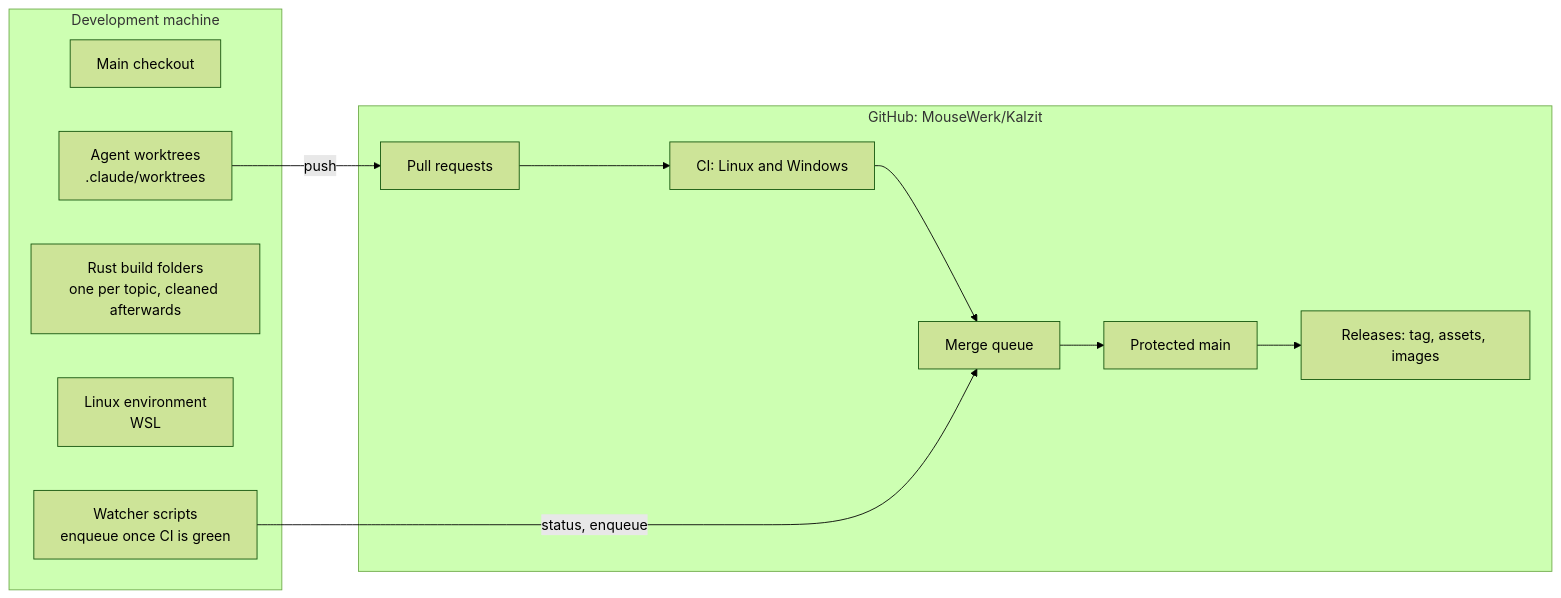
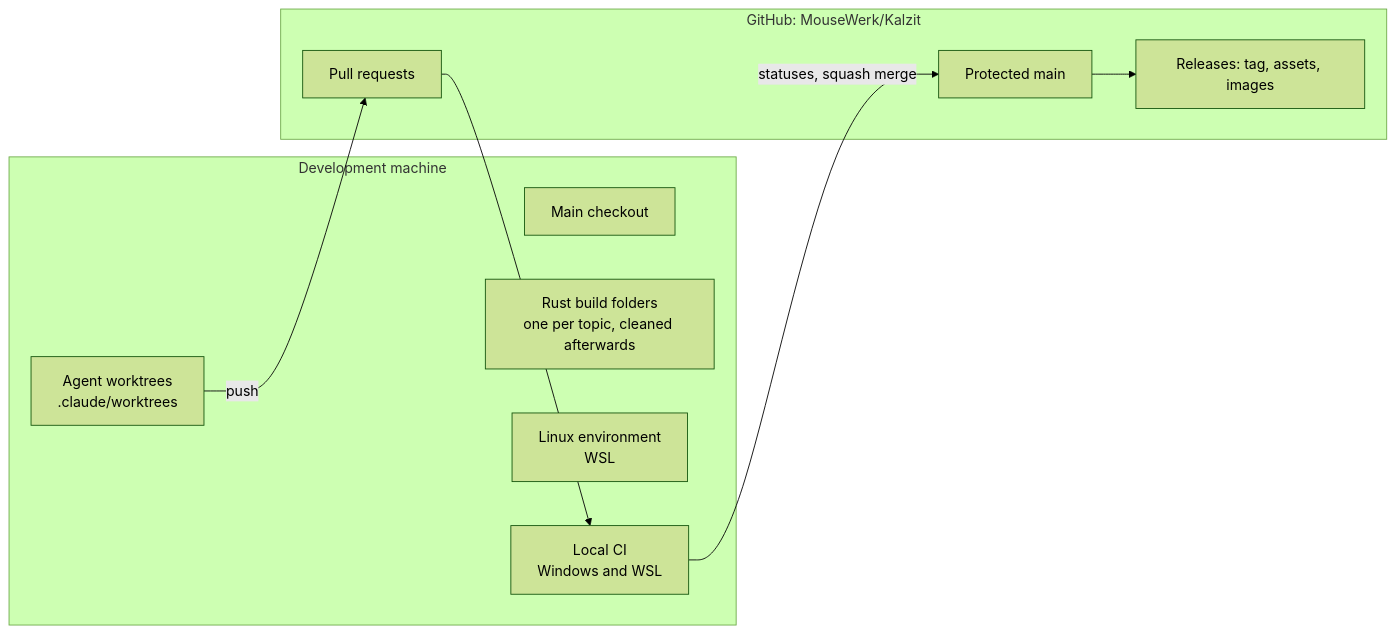
Before and after one commit to MouseWerk/Kalzit: the second of 2 diagrams in docs/process.md, drawn with Mermaid (forest theme). The commit also changed other lines of this file and 12 other files, not shown here.

First line of the commit message:
CI: run checks locally on Windows and WSL

````diff
--- a/docs/process.md
+++ b/docs/process.md
@@ -67,20 +69,19 @@
 ```mermaid
 flowchart LR
   subgraph PC["Development machine"]
     MC[Main checkout]
     WT["Agent worktrees<br/>.claude/worktrees"]
     BD["Rust build folders<br/>one per topic, cleaned afterwards"]
     LX[Linux environment<br/>WSL]
-    WS["Watcher scripts<br/>enqueue once CI is green"]
+    CI["Local CI<br/>Windows and WSL"]
   end
   subgraph GH["GitHub: MouseWerk/Kalzit"]
     PR[Pull requests]
-    CI[CI: Linux and Windows]
-    MQ[Merge queue]
     MN[Protected main]
     RL["Releases: tag, assets, images"]
   end
   WT -- push --> PR
-  PR --> CI --> MQ --> MN --> RL
-  WS -- status, enqueue --> MQ
+  PR --> CI
+  CI -- statuses, squash merge --> MN
+  MN --> RL
 ```
````
